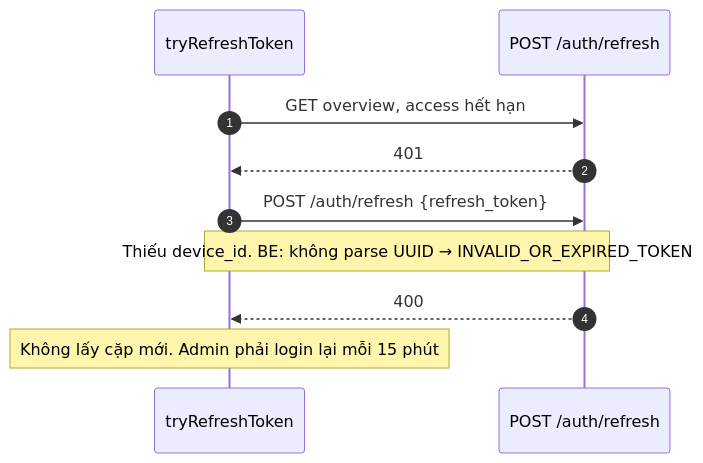
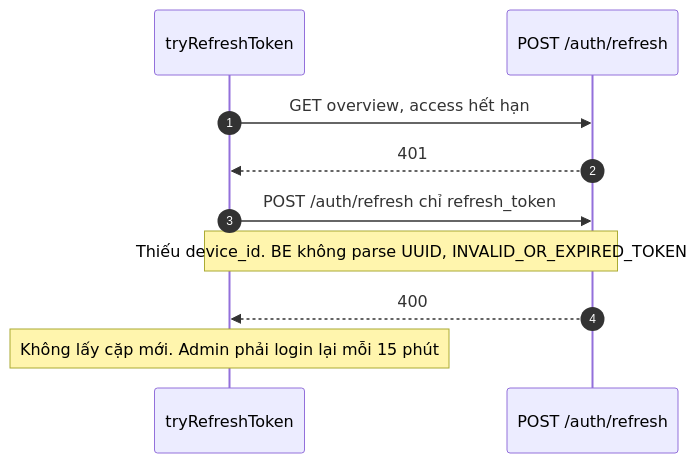
Before and after one commit to FintechVSF-Tranning/PaySplit-RP: the fourth of 5 diagrams in flow/06-admin.md, drawn with Mermaid. The commit also changed other lines of this file and 7 other files, not shown here.

First line of the commit message:
Refactor notification flow and admin management documentation

````diff
--- a/flow/06-admin.md
+++ b/flow/06-admin.md
@@ -139,13 +169,13 @@
 ```mermaid
 sequenceDiagram
     autonumber
     participant FE as tryRefreshToken
     participant BE as POST /auth/refresh
 
     FE->>BE: GET overview, access hết hạn
     BE-->>FE: 401
-    FE->>BE: POST /auth/refresh {refresh_token}
-    Note over FE,BE: Thiếu device_id. BE: không parse UUID → INVALID_OR_EXPIRED_TOKEN
+    FE->>BE: POST /auth/refresh chỉ refresh_token
+    Note over FE,BE: Thiếu device_id. BE không parse UUID, INVALID_OR_EXPIRED_TOKEN
     BE-->>FE: 400
     Note over FE: Không lấy cặp mới. Admin phải login lại mỗi 15 phút
 ```
````
